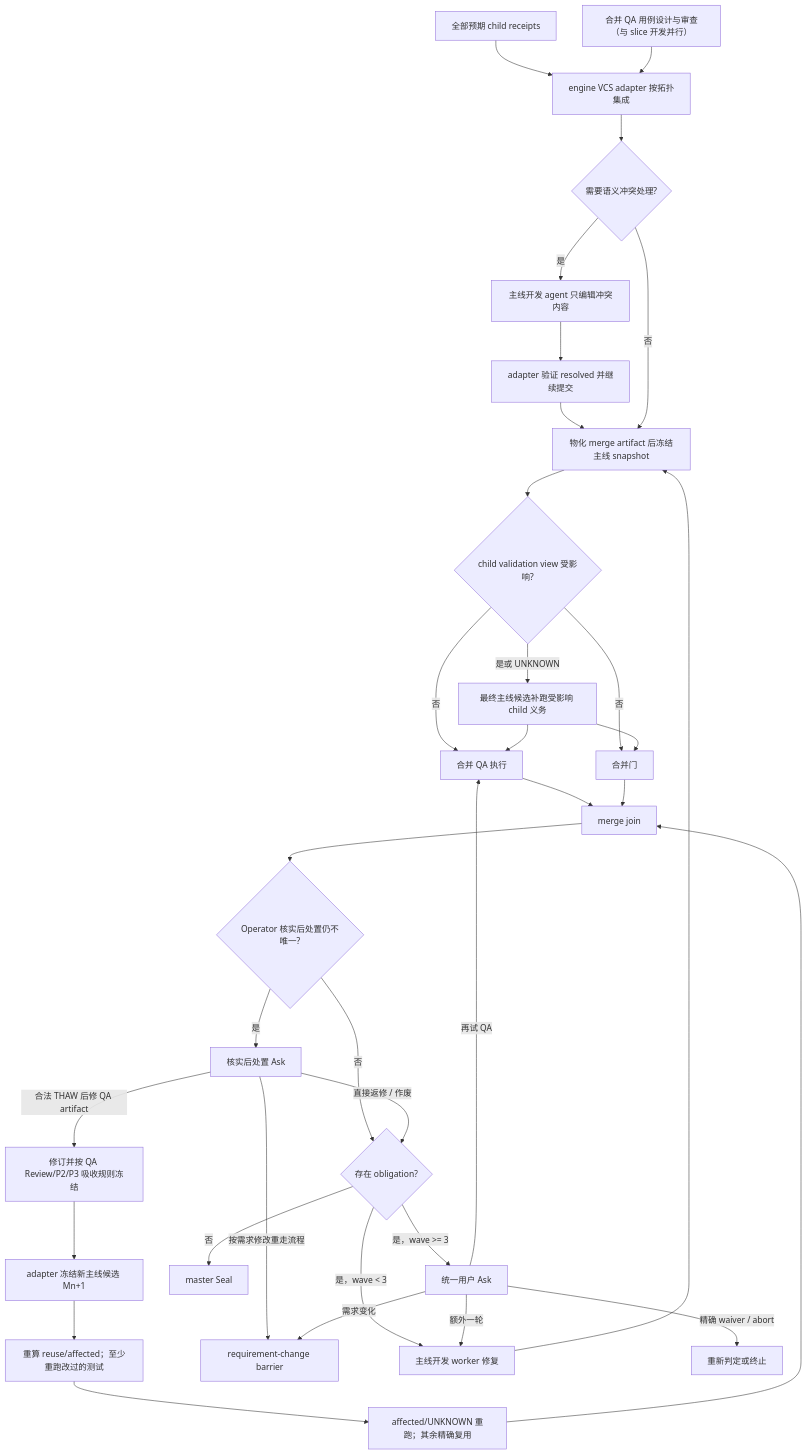
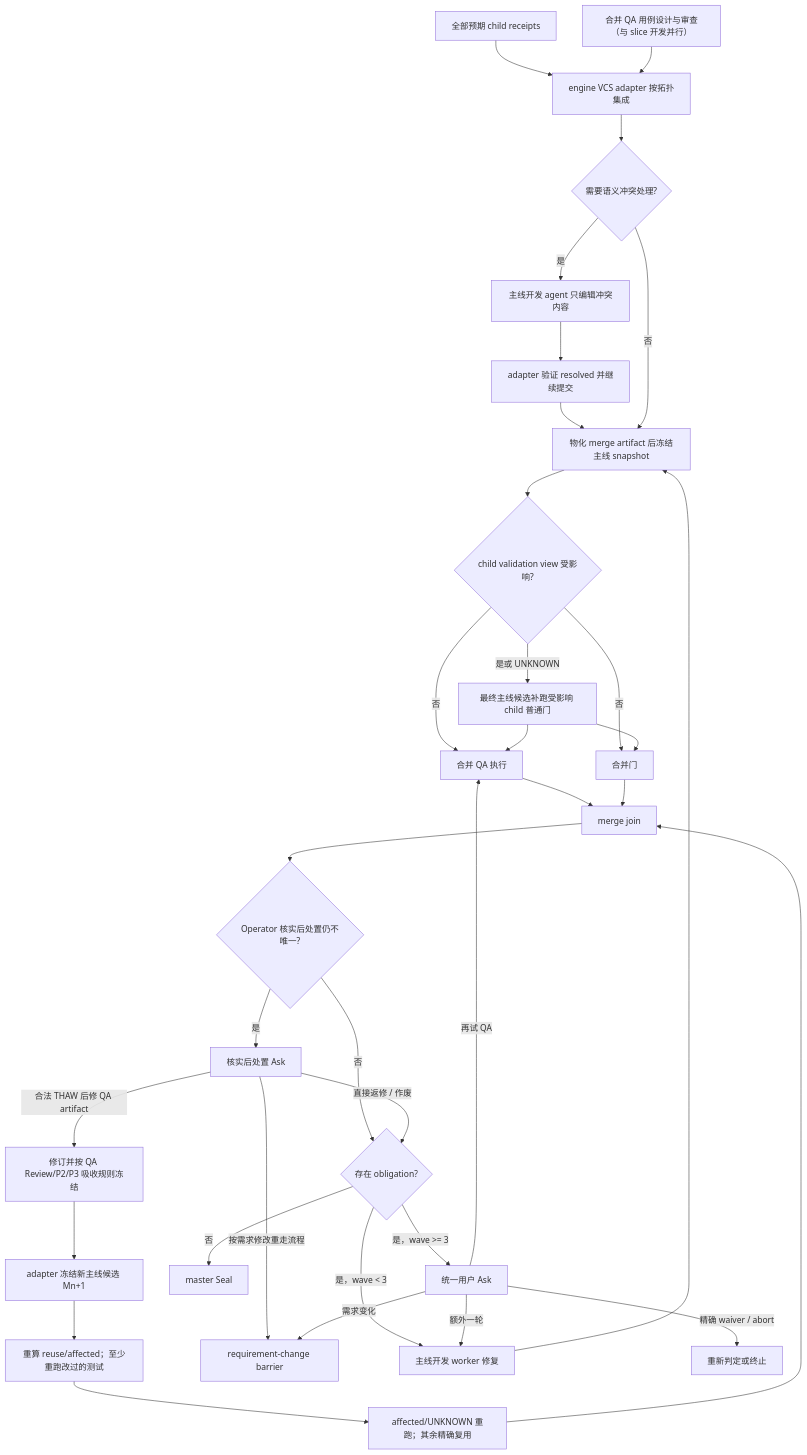
Before and after one commit to DiracSea12/formal-gates: the diagram in refactor-plan/final-implementation-draft.md, drawn with Mermaid. The commit also changed other lines of this file and 1 other file, not shown here.

````diff
--- a/refactor-plan/final-implementation-draft.md
+++ b/refactor-plan/final-implementation-draft.md
@@ -442,36 +446,36 @@
 ```mermaid
 flowchart TD
     C["全部预期 child receipts"] --> I["engine VCS adapter 按拓扑集成"]
     MQD["合并 QA 用例设计与审查（与 slice 开发并行）"] --> I
     I --> IC{"需要语义冲突处理?"}
     IC -- "是" --> CR["主线开发 agent 只编辑冲突内容"]
     CR --> CV["adapter 验证 resolved 并继续提交"]
     CV --> MS
     IC -- "否" --> MS["物化 merge artifact 后冻结主线 snapshot"]
     MS --> AC{"child validation view 受影响?"}
     AC -- "否" --> MQE["合并 QA 执行"]
     AC -- "否" --> MG["合并门"]
-    AC -- "是或 UNKNOWN" --> CRV["最终主线候选补跑受影响 child 义务"]
+    AC -- "是或 UNKNOWN" --> CRV["最终主线候选补跑受影响 child 普通门"]
     CRV --> MQE
     CRV --> MG
     MQE --> MJ["merge join"]
     MG --> MJ
     MJ --> MUD{"Operator 核实后处置仍不唯一?"}
     MUD -- "否" --> MO{"存在 obligation?"}
     MUD -- "是" --> MVA["核实后处置 Ask"]
     MVA -- "直接返修 / 作废" --> MO
     MVA -- "合法 THAW 后修 QA artifact" --> MQR["修订并按 QA Review/P2/P3 吸收规则冻结"]
     MQR --> MFC["adapter 冻结新主线候选 Mn+1"]
     MFC --> MRS["重算 reuse/affected；至少重跑改过的测试"]
     MRS --> MRJ["affected/UNKNOWN 重跑；其余精确复用"]
     MRJ --> MJ
     MVA -- "按需求修改重走流程" --> MRC["requirement-change barrier"]
     MO -- "否" --> FS["master Seal"]
     MO -- "是，wave < 3" --> MR["主线开发 worker 修复"]
     MR --> MS
     MO -- "是，wave >= 3" --> MA["统一用户 Ask"]
     MA -- "额外一轮" --> MR
     MA -- "再试 QA" --> MQE
     MA -- "需求变化" --> MRC
     MA -- "精确 waiver / abort" --> ME["重新判定或终止"]
 ```
````
